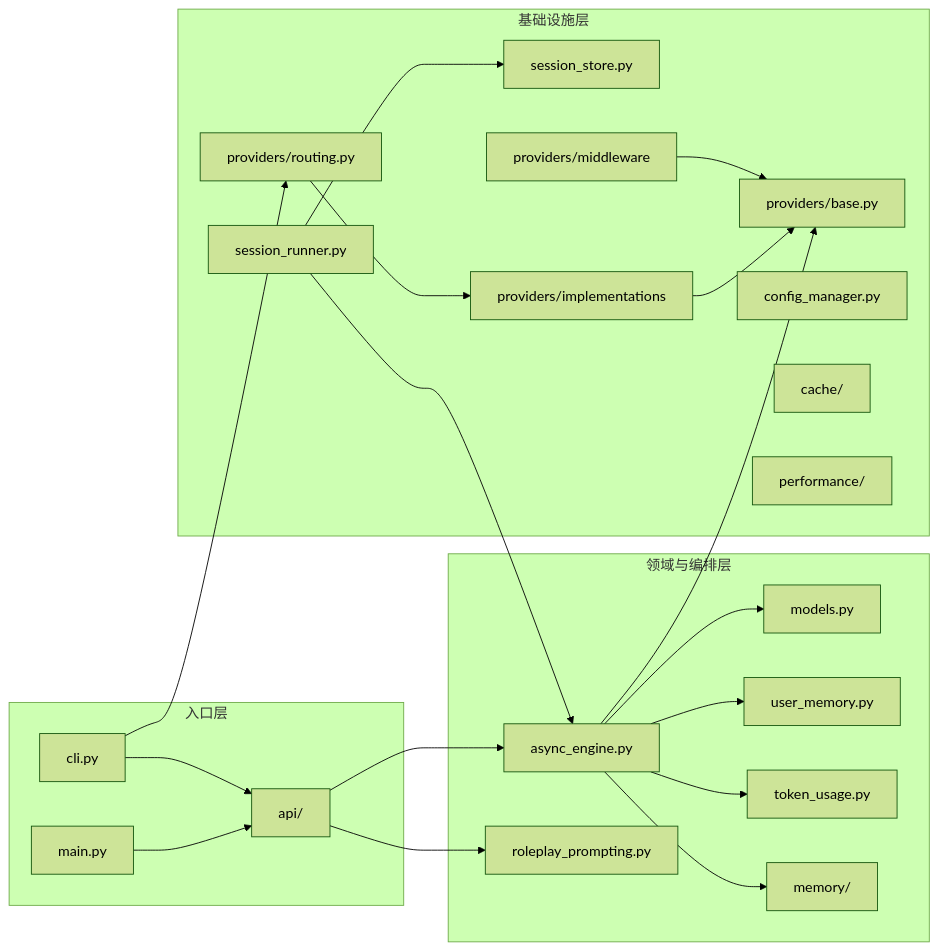
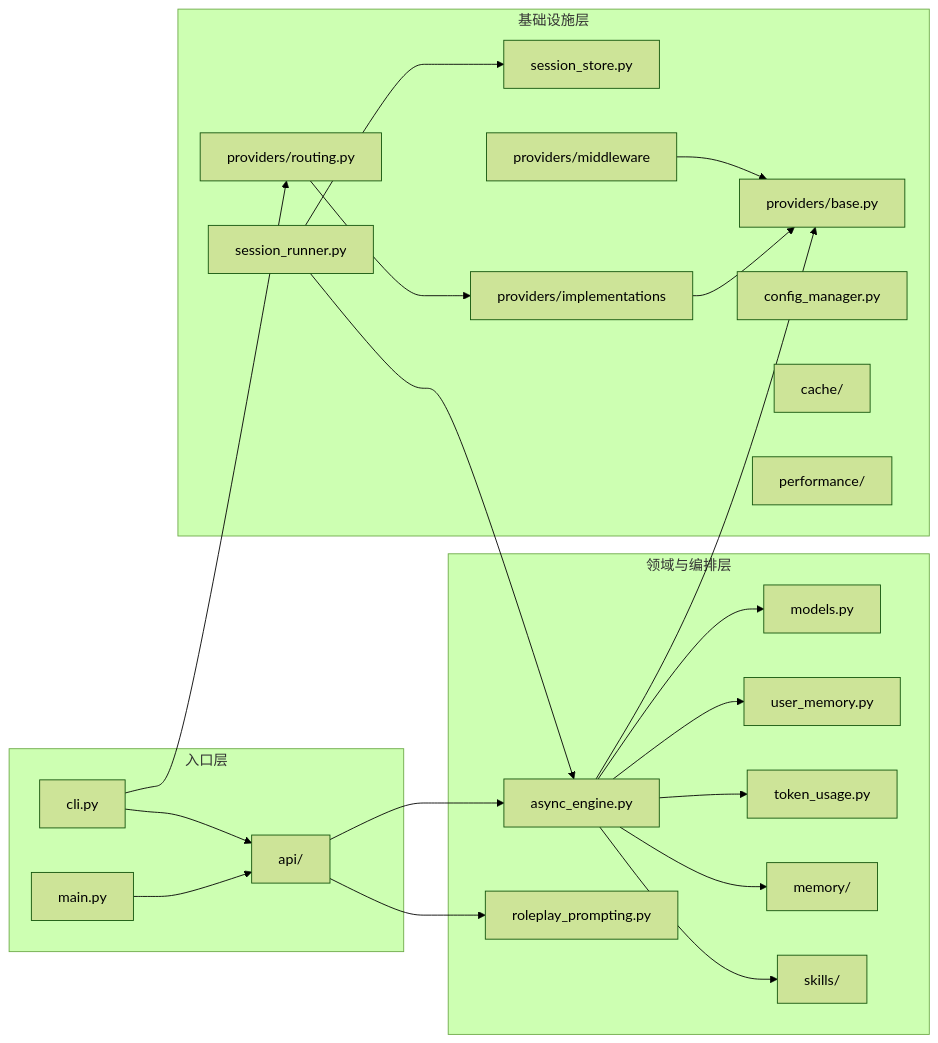
One commit to Sparrived/SiriusChat changed the second of 3 diagrams in docs/full-architecture-flow.md. Above: the diagram before and after it, drawn with Mermaid (forest theme). The commit also changed other lines of this file and 36 other files, not shown here.

````diff
--- a/docs/full-architecture-flow.md
+++ b/docs/full-architecture-flow.md
@@ -47,45 +53,47 @@
 ```mermaid
 flowchart LR
     subgraph Entry[入口层]
       CLI[cli.py]
       PublicAPI[api/]
       Main[main.py]
     end
 
     subgraph Domain[领域与编排层]
       Models[models.py]
       Engine[async_engine.py]
       Prompting[roleplay_prompting.py]
       UserMemory[user_memory.py]
       TokenUsage[token_usage.py]
       Memory[memory/]
+      Skills[skills/]
     end
 
     subgraph Infra[基础设施层]
       SessionStore[session_store.py]
       SessionRunner[session_runner.py]
       Routing[providers/routing.py]
       ProviderBase[providers/base.py]
       Middleware["providers/middleware"]
       ProviderImpl[providers/implementations]
       ConfigMgr[config_manager.py]
       Cache[cache/]
       Perf[performance/]
     end
 
     Main --> PublicAPI
     CLI --> PublicAPI
     PublicAPI --> Engine
     PublicAPI --> Prompting
     Engine --> Models
     Engine --> Memory
     Engine --> UserMemory
     Engine --> TokenUsage
     Engine --> ProviderBase
+    Engine --> Skills
     Routing --> ProviderImpl
     ProviderImpl --> ProviderBase
     Middleware --> ProviderBase
     CLI --> Routing
     SessionRunner --> Engine
     SessionRunner --> SessionStore
 ```
````
